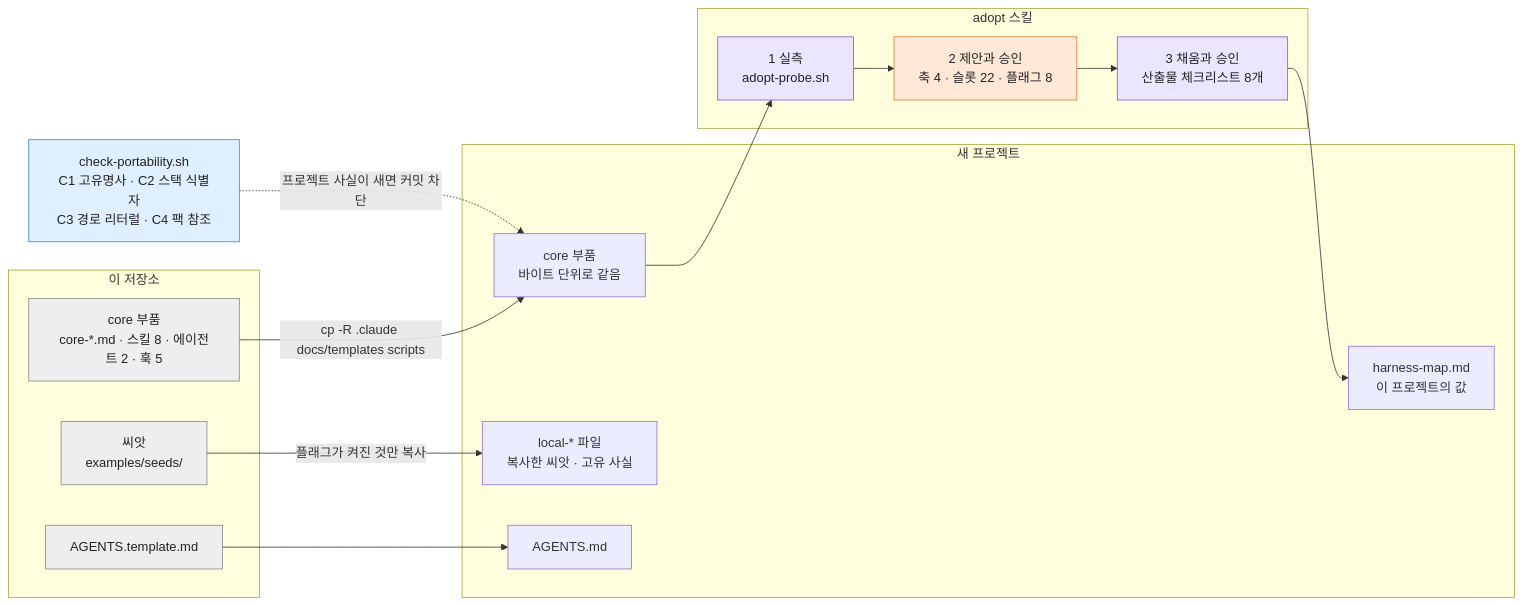
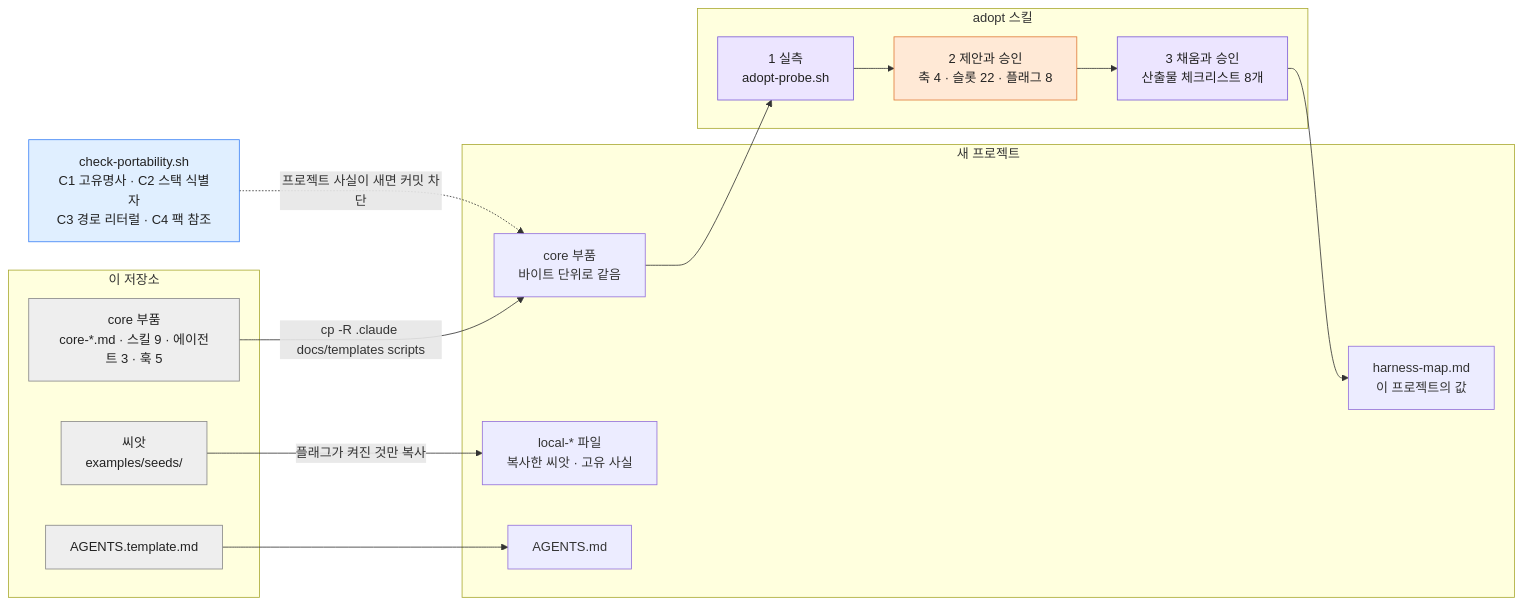
One commit to chhezue/Superchaeyeons changed the second of 3 diagrams in docs/harness/architecture-diagrams.md. Above: the diagram before and after it, drawn with Mermaid. The commit also changed 22 other files, not shown here.

````diff
--- a/docs/harness/architecture-diagrams.md
+++ b/docs/harness/architecture-diagrams.md
@@ -73,33 +73,33 @@
 ```mermaid
 flowchart LR
     subgraph TPL["이 저장소"]
-        CORE["core 부품<br/>core-*.md · 스킬 8 · 에이전트 2 · 훅 5"]
+        CORE["core 부품<br/>core-*.md · 스킬 9 · 에이전트 3 · 훅 5"]
         SEED["씨앗<br/>examples/seeds/"]
         TMPL["AGENTS.template.md"]
     end
     subgraph ADOPT["adopt 스킬"]
         P1["1 실측<br/>adopt-probe.sh"] --> P2["2 제안과 승인<br/>축 4 · 슬롯 22 · 플래그 8"]
         P2 --> P3["3 채움과 승인<br/>산출물 체크리스트 8개"]
     end
     subgraph NEW["새 프로젝트"]
         CORE2["core 부품<br/>바이트 단위로 같음"]
         MAP["harness-map.md<br/>이 프로젝트의 값"]
         LOC["local-* 파일<br/>복사한 씨앗 · 고유 사실"]
         AG["AGENTS.md"]
     end
     CORE -->|"cp -R .claude docs/templates scripts"| CORE2
     CORE2 --> P1
     P3 --> MAP
     SEED -->|"플래그가 켜진 것만 복사"| LOC
     TMPL --> AG
     CHK["check-portability.sh<br/>C1 고유명사 · C2 스택 식별자<br/>C3 경로 리터럴 · C4 팩 참조"] -.->|"프로젝트 사실이 새면 커밋 차단"| CORE2
 
     classDef ai fill:#ece5ff,stroke:#7c5cd6,color:#222222
     classDef human fill:#ffe9d6,stroke:#e07b39,color:#222222
     classDef verify fill:#e0efff,stroke:#3b82f6,color:#222222
     classDef start fill:#eeeeee,stroke:#888888,color:#222222
     class CORE,SEED,TMPL start
     class P1,P3 ai
     class P2 human
     class CHK verify
 ```
````
